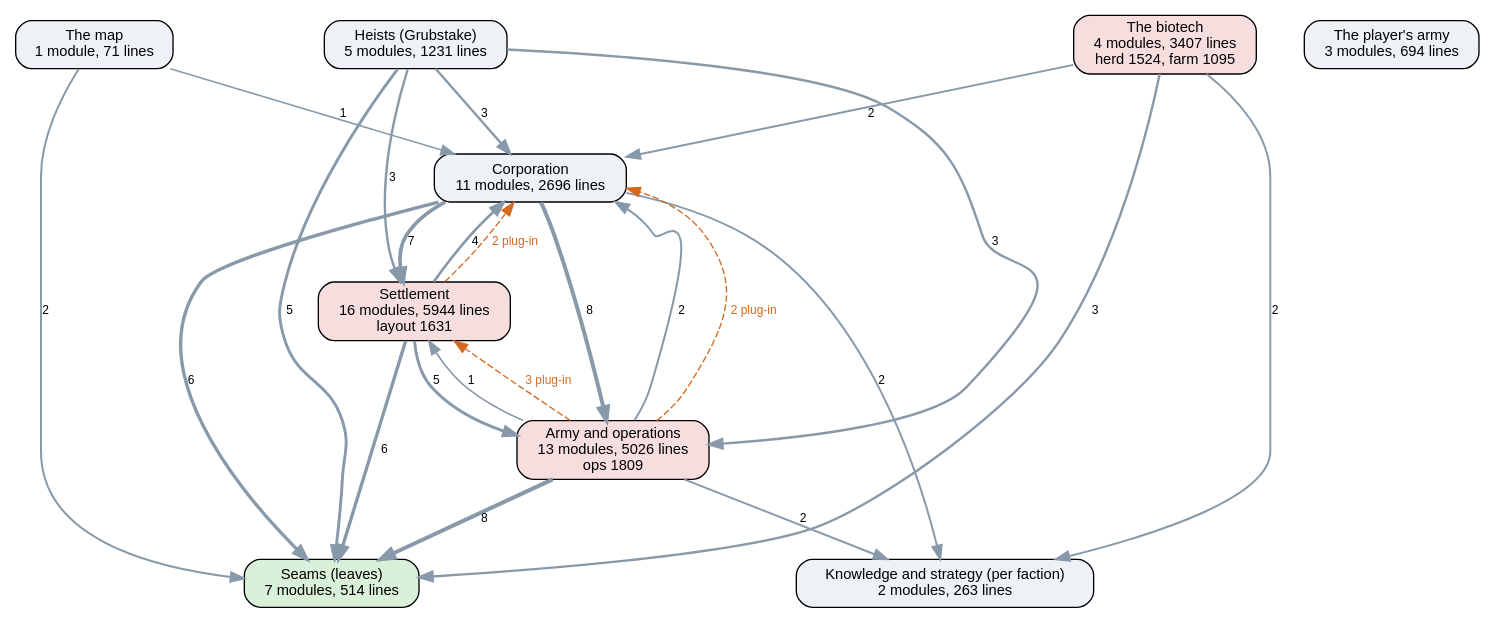
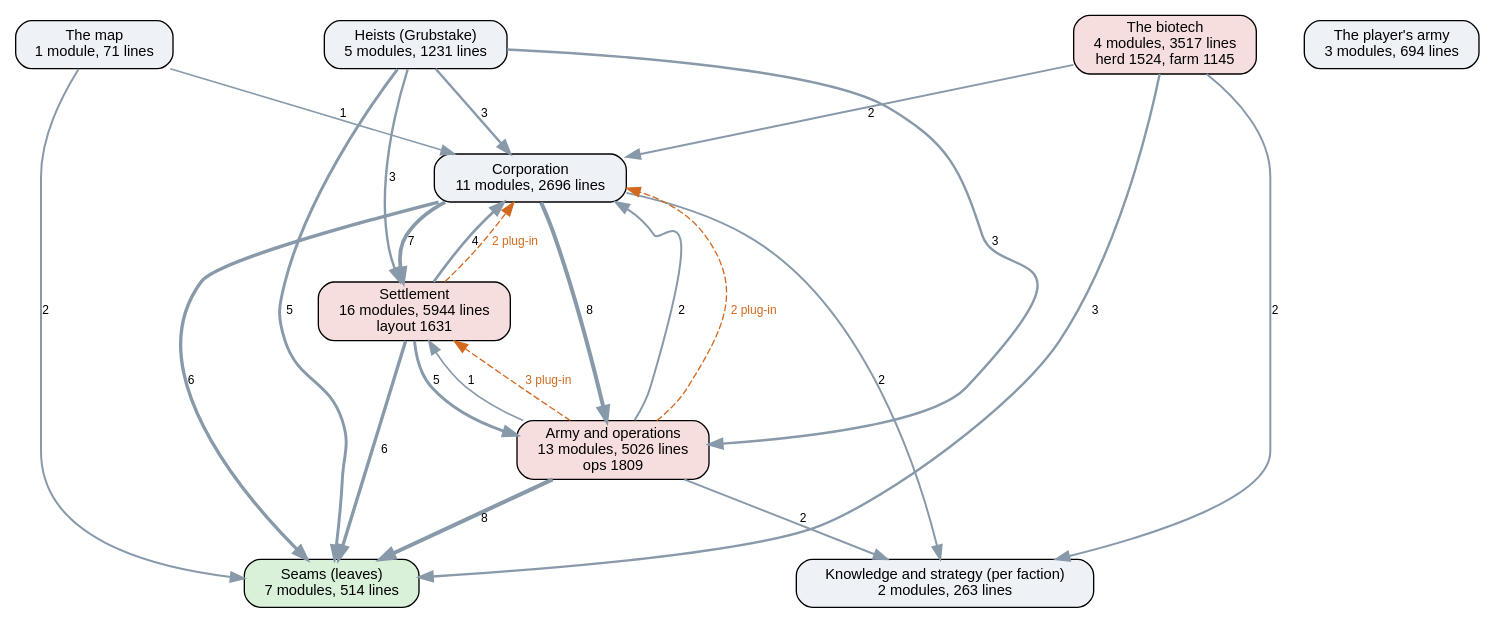
One commit to kinelhu/landing-party changed the diagram in docs/ai-layers.dot. Above: the diagram before and after it, drawn with Graphviz. The commit also changed 16 other files, not shown here.

```diff
--- a/docs/ai-layers.dot
+++ b/docs/ai-layers.dot
@@ -1,37 +1,37 @@
 digraph layers {
   graph [rankdir=TB, fontname="Helvetica", nodesep=0.5, ranksep=0.7];
   node [shape=box, style="rounded,filled", fontname="Helvetica", fontsize=11, fillcolor="#eef2f7"];
   edge [color="#8899aa", fontname="Helvetica", fontsize=9];
   "Seams (leaves)" [label="Seams (leaves)\n7 modules, 514 lines", fillcolor="#d9f0d9"];
   "Knowledge and strategy (per faction)" [label="Knowledge and strategy (per faction)\n2 modules, 263 lines", fillcolor="#eef2f7"];
   "Corporation" [label="Corporation\n11 modules, 2696 lines", fillcolor="#eef2f7"];
   "Settlement" [label="Settlement\n16 modules, 5944 lines\nlayout 1631", fillcolor="#f7dede"];
   "Army and operations" [label="Army and operations\n13 modules, 5026 lines\nops 1809", fillcolor="#f7dede"];
   "Heists (Grubstake)" [label="Heists (Grubstake)\n5 modules, 1231 lines", fillcolor="#eef2f7"];
-  "The biotech" [label="The biotech\n4 modules, 3407 lines\nherd 1524, farm 1095", fillcolor="#f7dede"];
+  "The biotech" [label="The biotech\n4 modules, 3517 lines\nherd 1524, farm 1145", fillcolor="#f7dede"];
   "The map" [label="The map\n1 module, 71 lines", fillcolor="#eef2f7"];
   "The player's army" [label="The player's army\n3 modules, 694 lines", fillcolor="#eef2f7"];
   "Army and operations" -> "Corporation" [label="2", penwidth=1.5];
   "Army and operations" -> "Knowledge and strategy (per faction)" [label="2", penwidth=1.5];
   "Army and operations" -> "Seams (leaves)" [label="8", penwidth=3.0];
   "Army and operations" -> "Settlement" [label="1", penwidth=1.2];
   "Corporation" -> "Army and operations" [label="8", penwidth=3.0];
   "Corporation" -> "Knowledge and strategy (per faction)" [label="2", penwidth=1.5];
   "Corporation" -> "Seams (leaves)" [label="6", penwidth=2.5];
   "Corporation" -> "Settlement" [label="7", penwidth=2.8];
   "Heists (Grubstake)" -> "Army and operations" [label="3", penwidth=1.8];
   "Heists (Grubstake)" -> "Corporation" [label="3", penwidth=1.8];
   "Heists (Grubstake)" -> "Seams (leaves)" [label="5", penwidth=2.2];
   "Heists (Grubstake)" -> "Settlement" [label="3", penwidth=1.8];
   "Settlement" -> "Army and operations" [label="5", penwidth=2.2];
   "Settlement" -> "Corporation" [label="4", penwidth=2.0];
   "Settlement" -> "Seams (leaves)" [label="6", penwidth=2.5];
   "The biotech" -> "Corporation" [label="2", penwidth=1.5];
   "The biotech" -> "Knowledge and strategy (per faction)" [label="2", penwidth=1.5];
   "The biotech" -> "Seams (leaves)" [label="3", penwidth=1.8];
   "The map" -> "Corporation" [label="1", penwidth=1.2];
   "The map" -> "Seams (leaves)" [label="2", penwidth=1.5];
   "Army and operations" -> "Corporation" [style=dashed, color="#d2691e", fontcolor="#d2691e", label="2 plug-in"];
   "Army and operations" -> "Settlement" [style=dashed, color="#d2691e", fontcolor="#d2691e", label="3 plug-in"];
   "Settlement" -> "Corporation" [style=dashed, color="#d2691e", fontcolor="#d2691e", label="2 plug-in"];
 }
```
